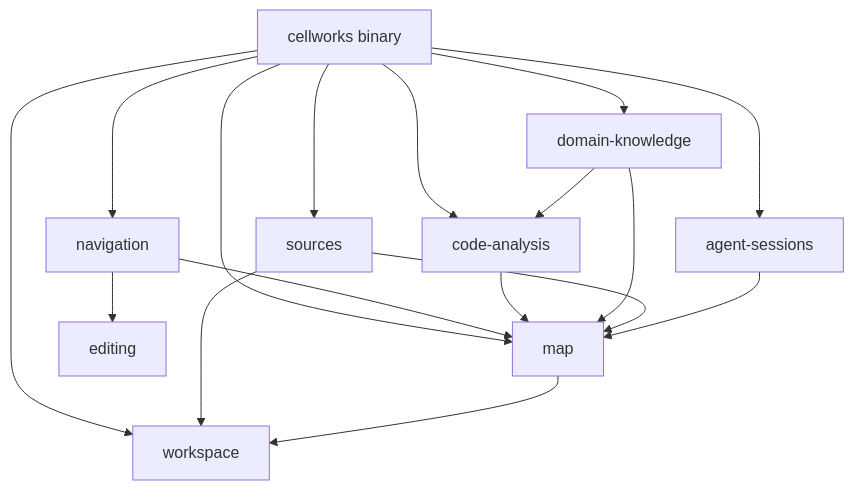
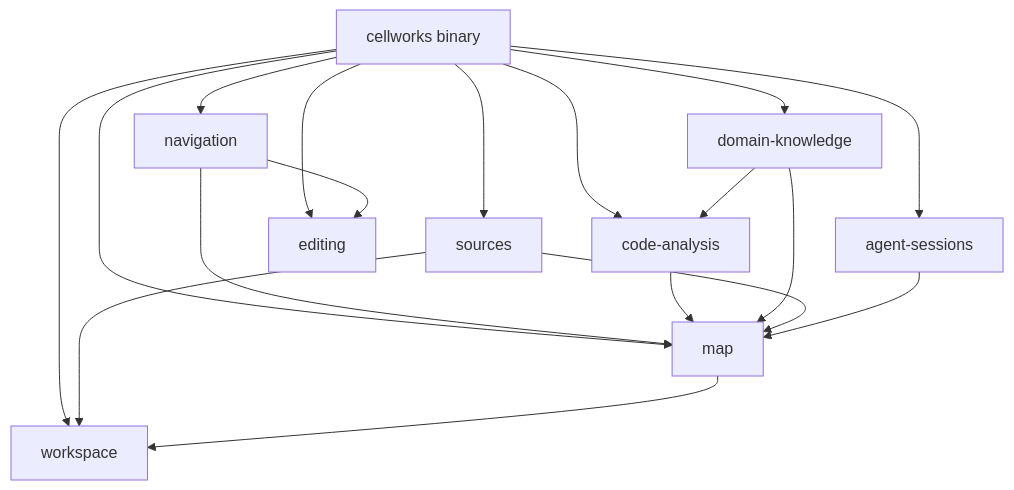
One commit to Xunrise/cellworks changed the diagram in docs/arc42/05-building-blocks.md. Above: the diagram before and after it, drawn with Mermaid. The commit also changed other lines of this file and 14 other files, not shown here.

````diff
--- a/docs/arc42/05-building-blocks.md
+++ b/docs/arc42/05-building-blocks.md
@@ -16,29 +16,30 @@
 ```mermaid
 flowchart TB
   bin[cellworks binary]
   ws[workspace]
   map[map]
   nav[navigation]
   code[code-analysis]
   dk[domain-knowledge]
   src[sources]
   ag[agent-sessions]
   ed[editing]
 
   bin --> nav
   bin --> ag
   bin --> src
   bin --> dk
   bin --> code
   bin --> ws
   bin --> map
+  bin --> ed
   nav --> map
   nav --> ed
   code --> map
   dk --> map
   dk --> code
   src --> map
   src --> ws
   ag --> map
   map --> ws
 ```
````
